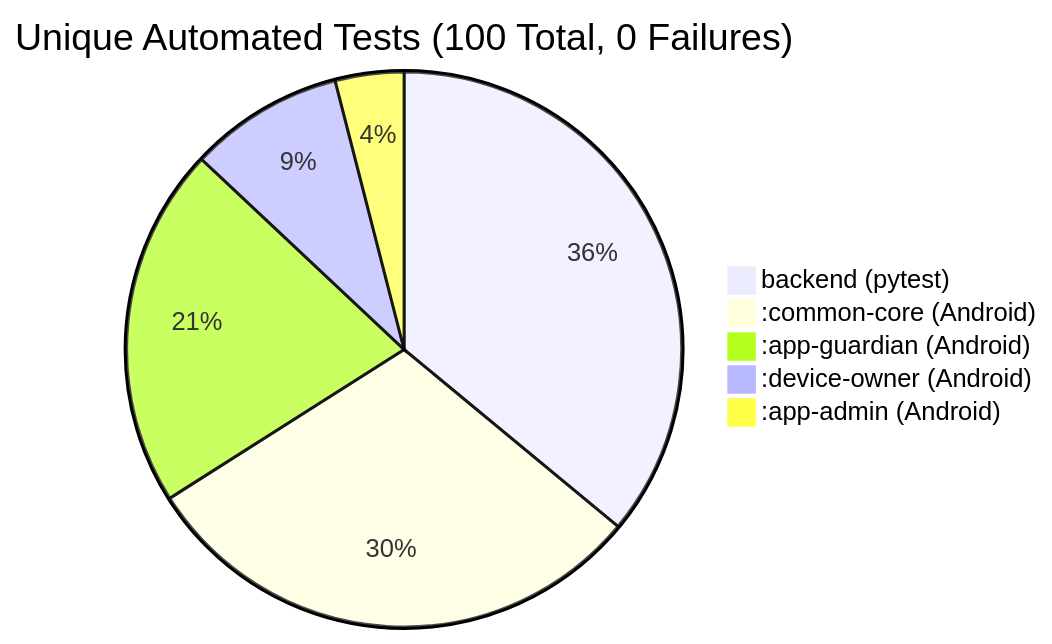
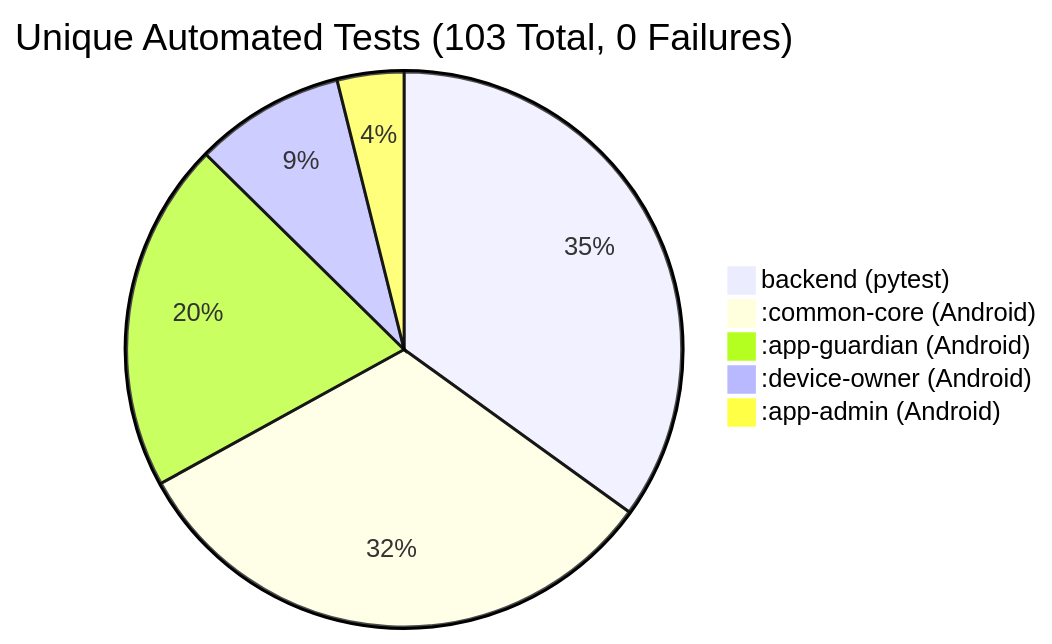
The first of 2 diagrams in docs/phases_3_to_5_remediation_and_audit_report.md (samhereokay/she), drawn with Mermaid before and after one commit. The commit also changed other lines of this file and 4 other files, not shown here.

````diff
--- a/docs/phases_3_to_5_remediation_and_audit_report.md
+++ b/docs/phases_3_to_5_remediation_and_audit_report.md
@@ -126,8 +154,8 @@
 ```mermaid
-pie title Unique Automated Tests (100 Total, 0 Failures)
+pie title Unique Automated Tests (103 Total, 0 Failures)
     "backend (pytest)" : 36
-    ":common-core (Android)" : 30
+    ":common-core (Android)" : 33
     ":app-guardian (Android)" : 21
     ":device-owner (Android)" : 9
     ":app-admin (Android)" : 4
 ```
````
